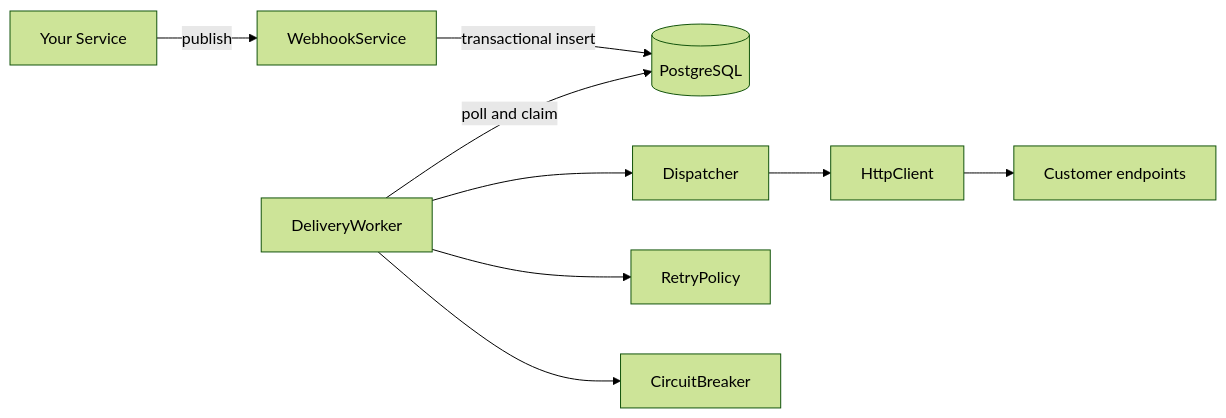
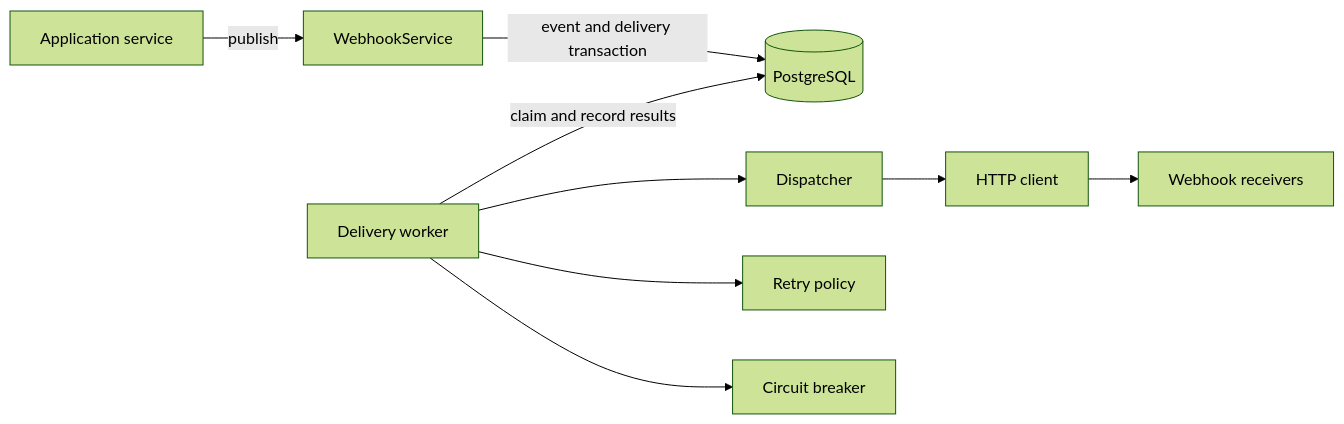
The diagram in api/webhook/README.md (nestarc/nestarc.dev), drawn with Mermaid (forest theme) before and after one commit. The commit also changed other lines of this file and 112 other files, not shown here.

````diff
--- a/api/webhook/README.md
+++ b/api/webhook/README.md
@@ -628,11 +588,11 @@
 ```mermaid
 flowchart LR
-  A[Your Service] -->|publish| B[WebhookService]
-  B -->|transactional insert| C[(PostgreSQL)]
-  D[DeliveryWorker] -->|poll and claim| C
+  A[Application service] -->|publish| B[WebhookService]
+  B -->|event and delivery transaction| C[(PostgreSQL)]
+  D[Delivery worker] -->|claim and record results| C
   D --> E[Dispatcher]
-  D --> F[RetryPolicy]
-  D --> G[CircuitBreaker]
-  E --> H[HttpClient]
-  H --> I[Customer endpoints]
+  D --> F[Retry policy]
+  D --> G[Circuit breaker]
+  E --> H[HTTP client]
+  H --> I[Webhook receivers]
 ```
````
